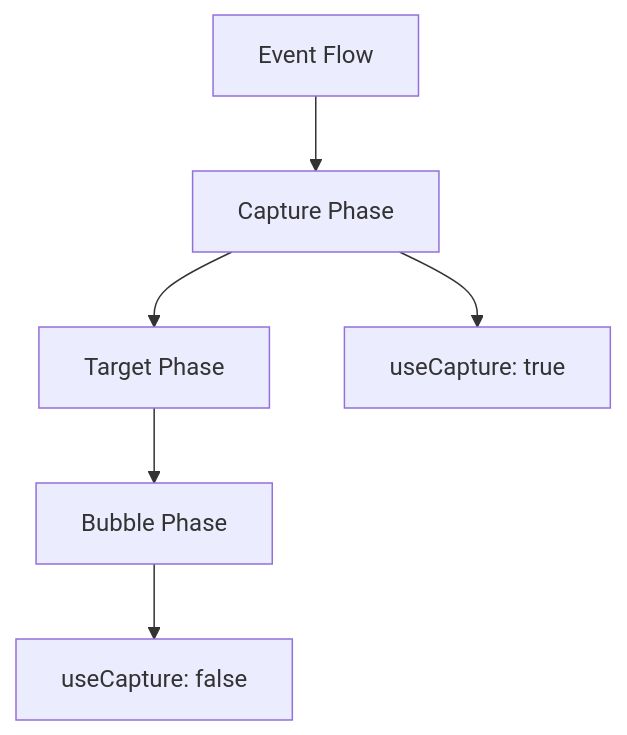
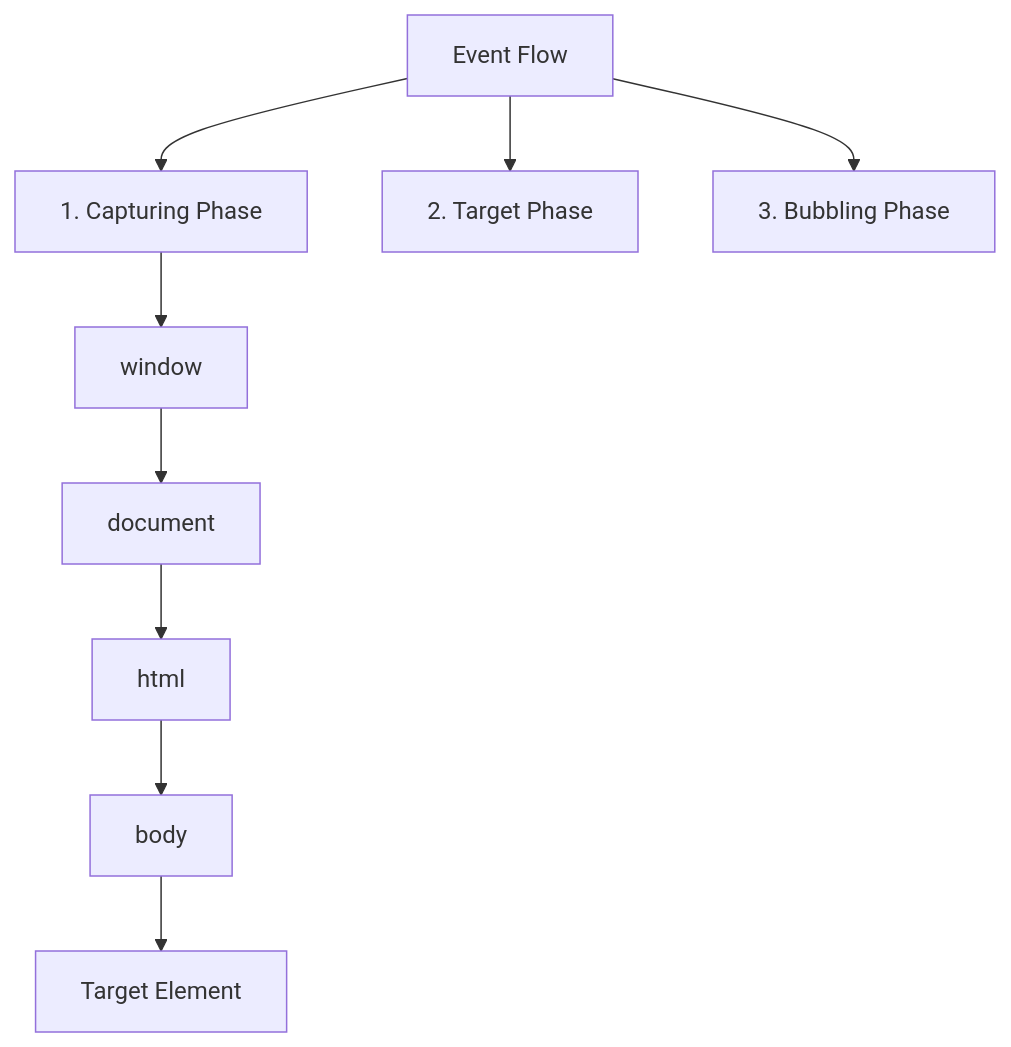
The second of 2 diagrams in apps/fe-docs/pages/interview/javascript/6-dom-and-events.mdx (KRISACHAN/ying-web), drawn with Mermaid before and after one commit. The commit also changed other lines of this file and 13 other files, not shown here.

````diff
--- a/apps/fe-docs/pages/interview/javascript/6-dom-and-events.mdx
+++ b/apps/fe-docs/pages/interview/javascript/6-dom-and-events.mdx
@@ -54,8 +76,11 @@
 ```mermaid
 graph TD
-    A[Event Flow] --> B[Capture Phase]
-    B --> C[Target Phase]
-    C --> D[Bubble Phase]
-    B --> E[useCapture: true]
-    D --> F[useCapture: false]
+    A[Event Flow] --> B[1. Capturing Phase]
+    A --> C[2. Target Phase]
+    A --> D[3. Bubbling Phase]
+    B --> E[window]
+    E --> F[document]
+    F --> G[html]
+    G --> H[body]
+    H --> I[Target Element]
 ```
````
